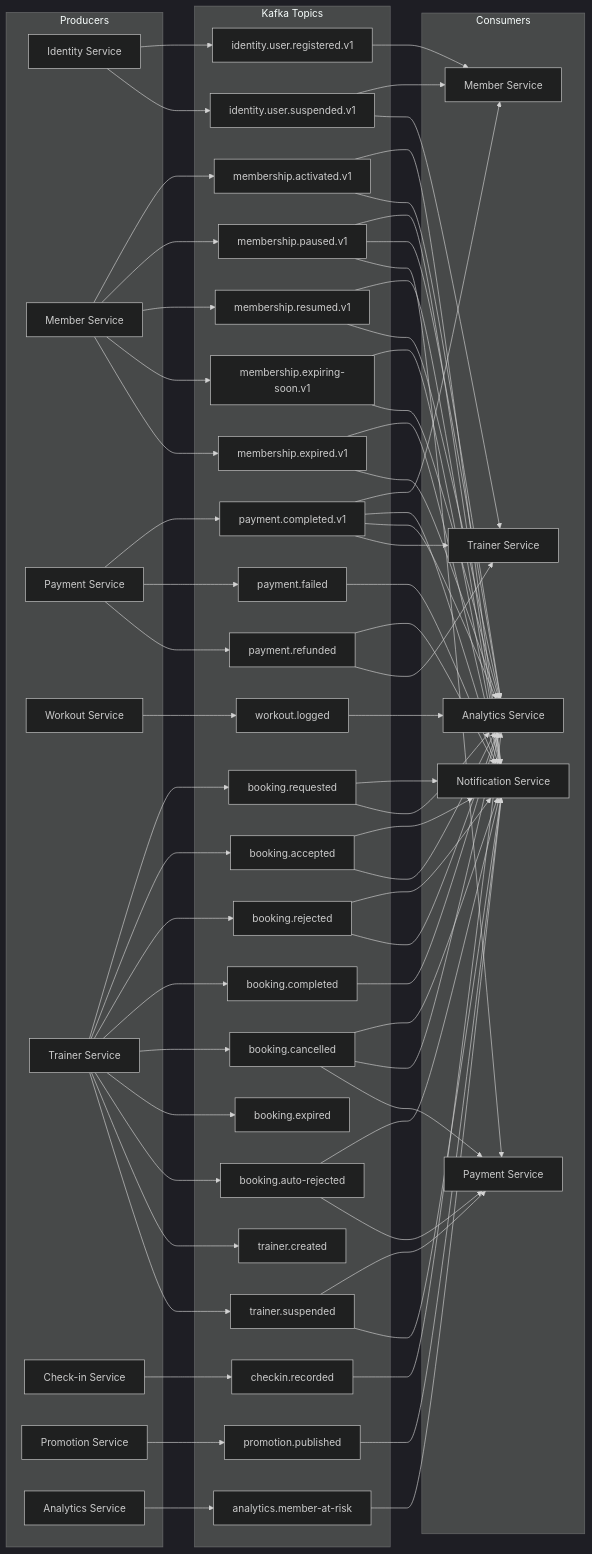
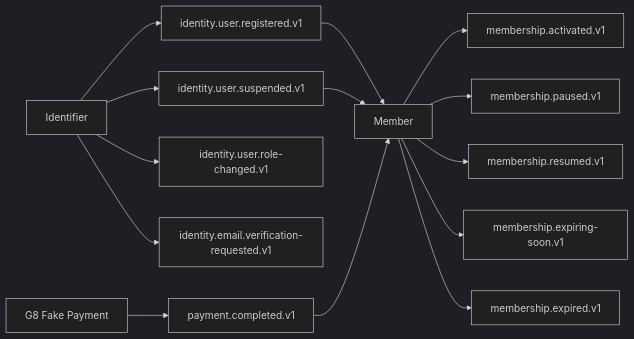
One commit to pploc/gym-architect changed the diagram in architecture/03-kafka-events.md. Above: the diagram before and after it, drawn with Mermaid (dark theme). The commit also changed other lines of this file and 16 other files, not shown here.

First line of the commit message:
docs: freeze Plans split roadmap through G8

````diff
--- a/architecture/03-kafka-events.md
+++ b/architecture/03-kafka-events.md
@@ -35,75 +27,19 @@
 ```mermaid
-graph LR
-    subgraph "Producers"
-        IS[Identity Service]
-        MS[Member Service]
-        PS[Payment Service]
-        WS[Workout Service]
-        TS[Trainer Service]
-        CS[Check-in Service]
-        PRS[Promotion Service]
-        AS_PROD[Analytics Service]
-    end
+flowchart LR
+    ID[Identifier] --> IR[identity.user.registered.v1]
+    ID --> IS[identity.user.suspended.v1]
+    ID --> IRC[identity.user.role-changed.v1]
+    ID --> EV[identity.email.verification-requested.v1]
 
-    subgraph "Kafka Topics"
-        T1[identity.user.registered.v1]
-        T1_SUB[identity.user.suspended.v1]
-        T2[membership.activated.v1]
-        T3[membership.paused.v1]
-        T4[membership.resumed.v1]
-        T5[membership.expiring-soon.v1]
-        T6[membership.expired.v1]
-        T7[payment.completed.v1]
-        T8[payment.failed]
-        T9[payment.refunded]
-        T10[workout.logged]
-        T11[booking.requested]
-        T12[booking.accepted]
-        T13[booking.rejected]
-        T14[booking.completed]
-        T15[booking.cancelled]
-        T15_EXP[booking.expired]
-        T15_AR[booking.auto-rejected]
-        T16[checkin.recorded]
-        T17[promotion.published]
-        T18[trainer.created]
-        T18_SUB[trainer.suspended]
-        T19[analytics.member-at-risk]
-    end
+    IR --> MB[Member]
+    IS --> MB
 
-    subgraph "Consumers"
-        MS2[Member Service]
-        NS[Notification Service]
-        AS[Analytics Service]
-        TS2[Trainer Service]
-        PS2[Payment Service]
-    end
+    FP[G8 Fake Payment] --> PC[payment.completed.v1]
+    PC --> MB
 
-    IS --> T1 & T1_SUB
-    MS --> T2 & T3 & T4 & T5 & T6
-    PS --> T7 & T8 & T9
-    WS --> T10
-    TS --> T11 & T12 & T13 & T14 & T15 & T15_EXP & T15_AR & T18 & T18_SUB
-    CS --> T16
-    PRS --> T17
-    AS_PROD --> T19
-
-    T1 --> MS2
-    T1_SUB --> MS2 & TS2
-    T7 --> MS2 & NS & AS & TS2
-    T8 --> NS
-    T9 --> NS & TS2
-    T2 --> NS & AS
-    T3 --> NS & AS & PS2
-    T4 --> NS & AS
-    T5 & T6 --> NS & AS
-    T10 --> AS
-    T11 & T12 & T13 --> NS & AS
-    T14 --> AS
-    T15 --> NS & AS & PS2
-    T15_AR --> NS & PS2
-    T16 --> AS
-    T17 --> NS
-    T18_SUB --> PS2 & NS
-    T19 --> NS
+    MB --> MA[membership.activated.v1]
+    MB --> MP[membership.paused.v1]
+    MB --> MR[membership.resumed.v1]
+    MB --> ME[membership.expiring-soon.v1]
+    MB --> MX[membership.expired.v1]
 ```
````
